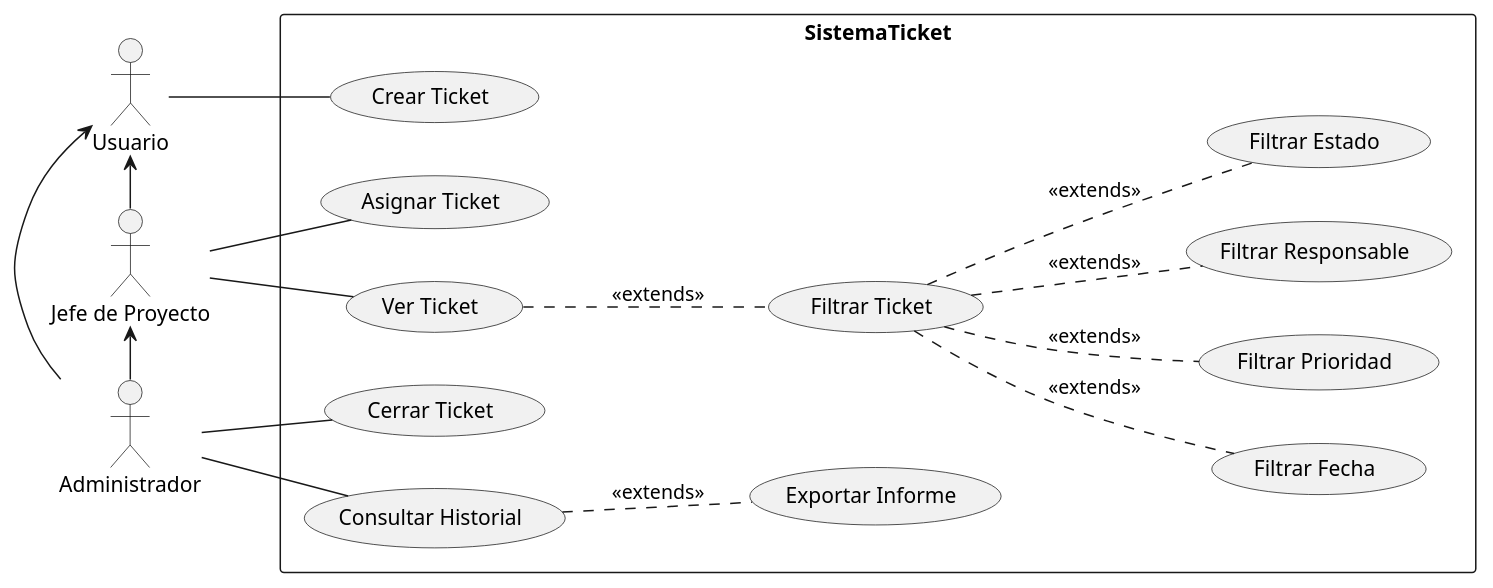
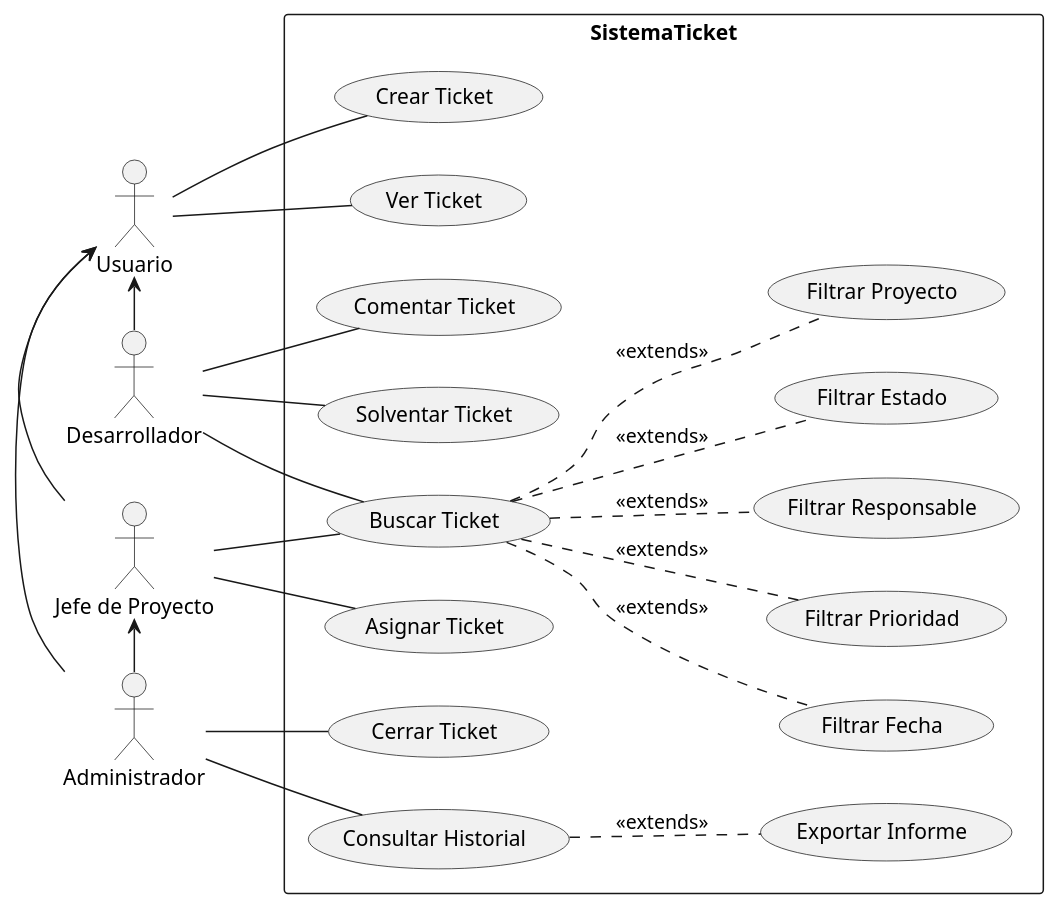
One commit to mmasias/23-24-IdSw1-SDR changed the diagram in modelosUML/CasosDeUsos/CDU SistemaTicket.puml. Above: the diagram before and after it, drawn with PlantUML. The commit also changed 1 other file, not shown here.

```diff
--- a/modelosUML/CasosDeUsos/CDU SistemaTicket.puml
+++ b/modelosUML/CasosDeUsos/CDU SistemaTicket.puml
@@ -1,26 +1,32 @@
 @startuml
 
 left to right direction
 
 actor "Jefe de Proyecto" as JefeProyecto
 actor Administrador as Admin
 actor Usuario as Usuario
+actor Desarrollador as Dev
 
 rectangle SistemaTicket{
+    Dev -l-> Usuario
+    Dev -- (Buscar Ticket)
+    Dev -- (Comentar Ticket)
+    Dev -- (Solventar Ticket)
     Usuario -l- (Crear Ticket)
+    Usuario -- (Ver Ticket)
     JefeProyecto -l-> Usuario
     JefeProyecto -- (Asignar Ticket)
-    JefeProyecto -- (Ver Ticket)
-    (Ver Ticket) .. (Filtrar Ticket) : <<extends>>
-    (Filtrar Ticket) .. (Filtrar Fecha) : <<extends>>
-    (Filtrar Ticket) .. (Filtrar Prioridad) : <<extends>>
-    (Filtrar Ticket) .. (Filtrar Responsable) : <<extends>>
-    (Filtrar Ticket) .. (Filtrar Estado) : <<extends>>
+    JefeProyecto -- (Buscar Ticket)
+    (Buscar Ticket) .. (Filtrar Fecha) : <<extends>>
+    (Buscar Ticket) .. (Filtrar Prioridad) : <<extends>>
+    (Buscar Ticket) .. (Filtrar Responsable) : <<extends>>
+    (Buscar Ticket) .. (Filtrar Estado) : <<extends>>
+    (Buscar Ticket) .. (Filtrar Proyecto) : <<extends>>
     Admin -l-> Usuario
     Admin -l-> JefeProyecto
     Admin -- (Consultar Historial)
     (Consultar Historial) .. (Exportar Informe) : <<extends>>
     Admin -- (Cerrar Ticket)
 }
 
 @enduml
```
